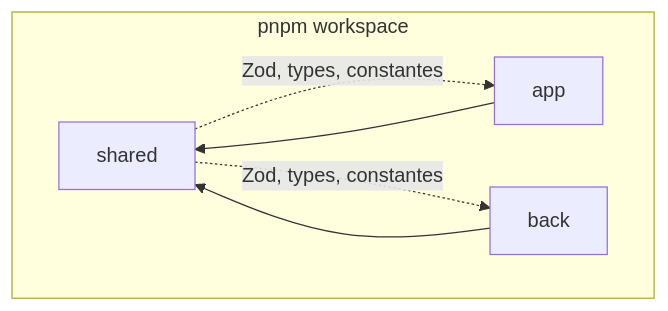
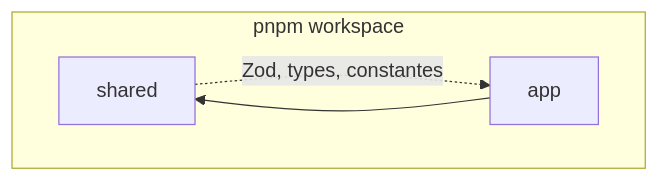
One commit to alice-444/ls_app changed the first of 4 diagrams in docs/arborescence.md. Above: the diagram before and after it, drawn with Mermaid. The commit also changed other lines of this file and 8 other files, not shown here.

Commit message:
docs: update application structure and documentation to reflect unified app architecture, including shared components and deployment details

````diff
--- a/docs/arborescence.md
+++ b/docs/arborescence.md
@@ -54,14 +63,11 @@
 ```mermaid
 flowchart TB
   subgraph Workspace["pnpm workspace"]
     shared["shared"]
     app["app"]
-    back["back"]
   end
 
   app --> shared
-  back --> shared
 
   shared -.->|"Zod, types, constantes"| app
-  shared -.->|"Zod, types, constantes"| back
 ```
````
